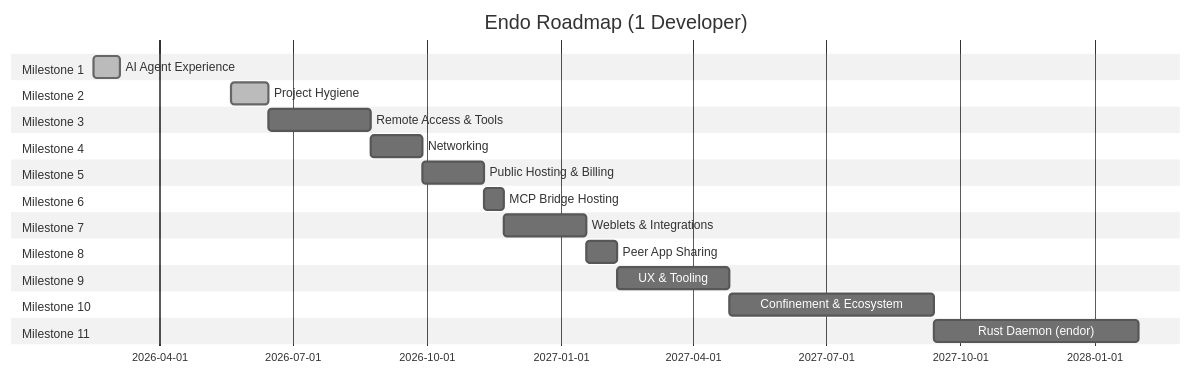
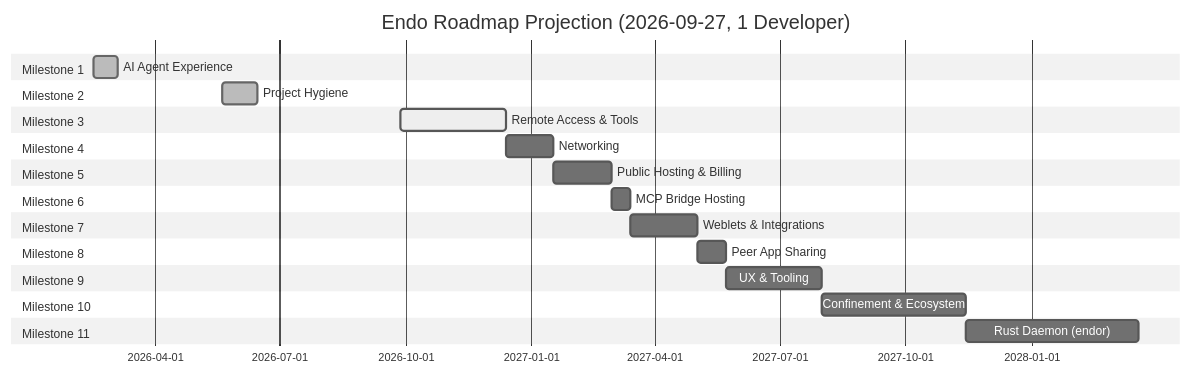
One commit to endojs/endo-but-for-bots changed the second of 2 diagrams in designs/README.md. Above: the diagram before and after it, drawn with Mermaid (neutral theme). The commit also changed other lines of this file and 2 other files, not shown here.

Commit message:
docs(designs): reconcile full roadmap corpus

````diff
--- a/designs/README.md
+++ b/designs/README.md
@@ -1957,38 +1974,38 @@
 ```mermaid
 gantt
-    title Endo Roadmap (1 Developer)
+    title Endo Roadmap Projection (2026-09-27, 1 Developer)
     dateFormat YYYY-MM-DD
 
     section Milestone 1
     AI Agent Experience           :done, m1, 2026-02-15, 2026-03-05
 
     section Milestone 2
     Project Hygiene               :done, m2, 2026-05-20, 2026-06-15
 
     section Milestone 3
-    Remote Access & Tools         :m3, after m2, 10w
+    Remote Access & Tools         :active, m3, 2026-09-27, 11w
 
     section Milestone 4
     Networking                    :m4, after m3, 5w
 
     section Milestone 5
     Public Hosting & Billing      :m5, after m4, 6w
 
     section Milestone 6
     MCP Bridge Hosting            :m6, after m5, 2w
 
     section Milestone 7
-    Weblets & Integrations        :m7, after m6, 8w
+    Weblets & Integrations        :m7, after m6, 7w
 
     section Milestone 8
     Peer App Sharing              :m8, after m7, 3w
 
     section Milestone 9
-    UX & Tooling                  :m9, after m8, 11w
+    UX & Tooling                  :m9, after m8, 10w
 
     section Milestone 10
-    Confinement & Ecosystem       :m10, after m9, 20w
+    Confinement & Ecosystem       :m10, after m9, 15w
 
     section Milestone 11
-    Rust Daemon (endor)           :m11, after m10, 20w
+    Rust Daemon (endor)           :m11, after m10, 18w
 ```
````
